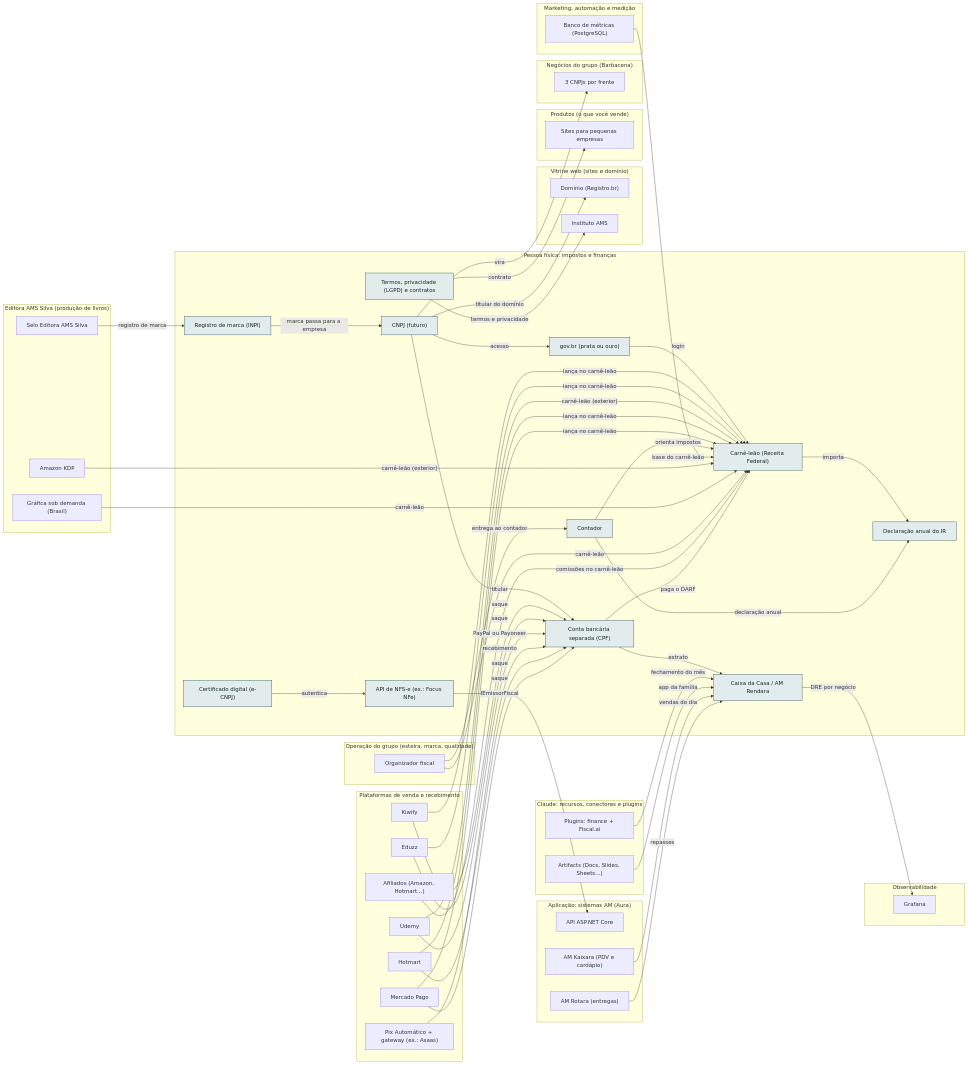
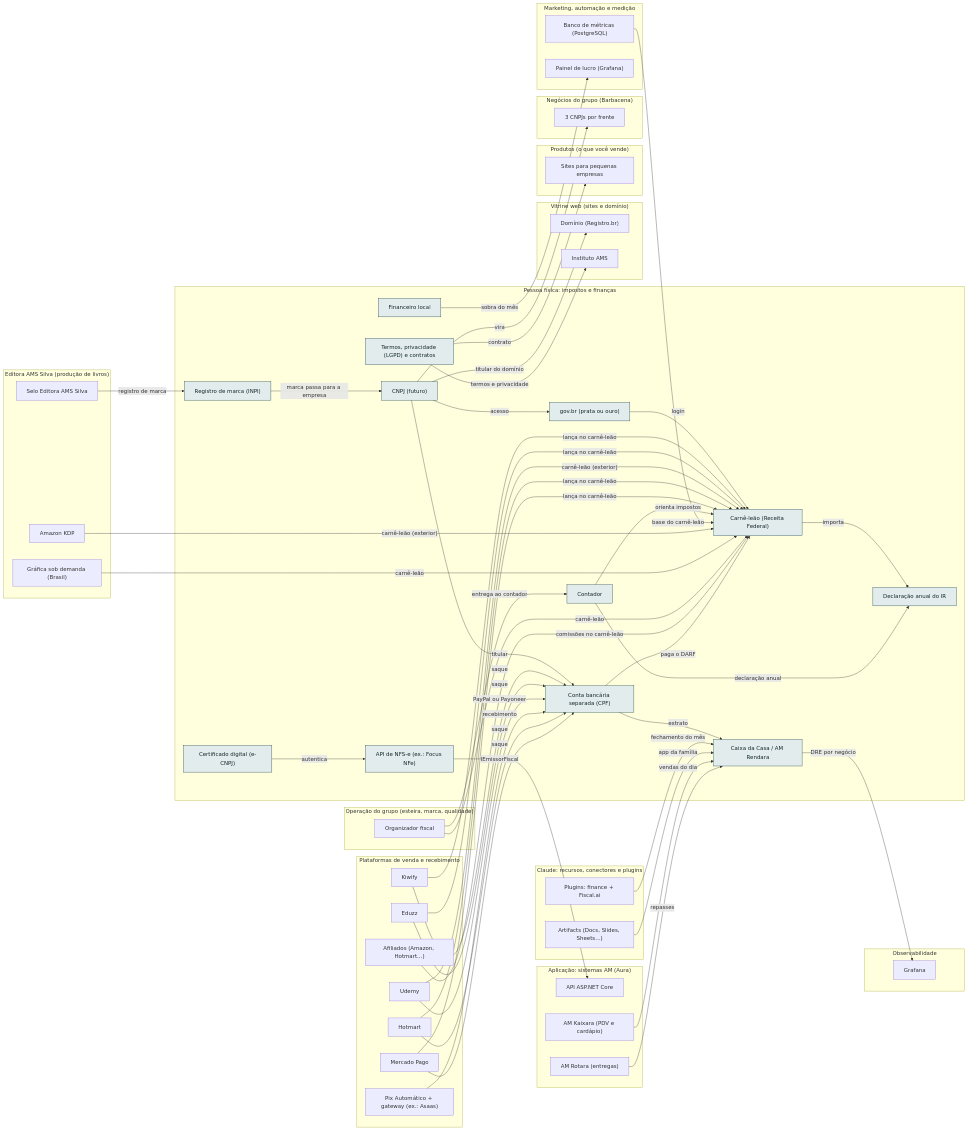
The diagram in docs/camadas/19-emp.md (AlanMateus17/dev-setup), drawn with Mermaid before and after one commit. The commit also changed other lines of this file and 75 other files, not shown here.

First line of the commit message:
feat: kit de sites, avaliador de templates, radar, bot do Telegram, financeiro local, Fábrica de aulas, rotinas e casa

````diff
--- a/docs/camadas/19-emp.md
+++ b/docs/camadas/19-emp.md
@@ -25,12 +25,14 @@
     n_banco["Conta bancária separada (CPF)"]
     n_conta["Contador"]
     n_caixa["Caixa da Casa / AM Rendara"]
+    n_financas["Financeiro local"]
   end
   subgraph L_oper["Operação do grupo (esteira, marca, qualidade)"]
     n_ofisc["Organizador fiscal"]
   end
   subgraph L_mkt["Marketing, automação e medição"]
     n_metrics["Banco de métricas (PostgreSQL)"]
+    n_painel["Painel de lucro (Grafana)"]
   end
   subgraph L_venda["Plataformas de venda e recebimento"]
     n_afil["Afiliados (Amazon, Hotmart…)"]
@@ -106,6 +108,7 @@
   n_arts -->|"app da família"| n_caixa
   n_nkaix -->|"vendas do dia"| n_caixa
   n_nrot -->|"repasses"| n_caixa
+  n_financas -->|"sobra do mês"| n_painel
   classDef desta fill:#e2ecec,stroke:#0e3a45,color:#13262b
-  class n_inpi,n_legal,n_ecnpj,n_nfapi,n_cnpj,n_govbr,n_nfse,n_irpf,n_banco,n_conta,n_caixa desta
+  class n_inpi,n_legal,n_ecnpj,n_nfapi,n_cnpj,n_govbr,n_nfse,n_irpf,n_banco,n_conta,n_caixa,n_financas desta
 ```
````
